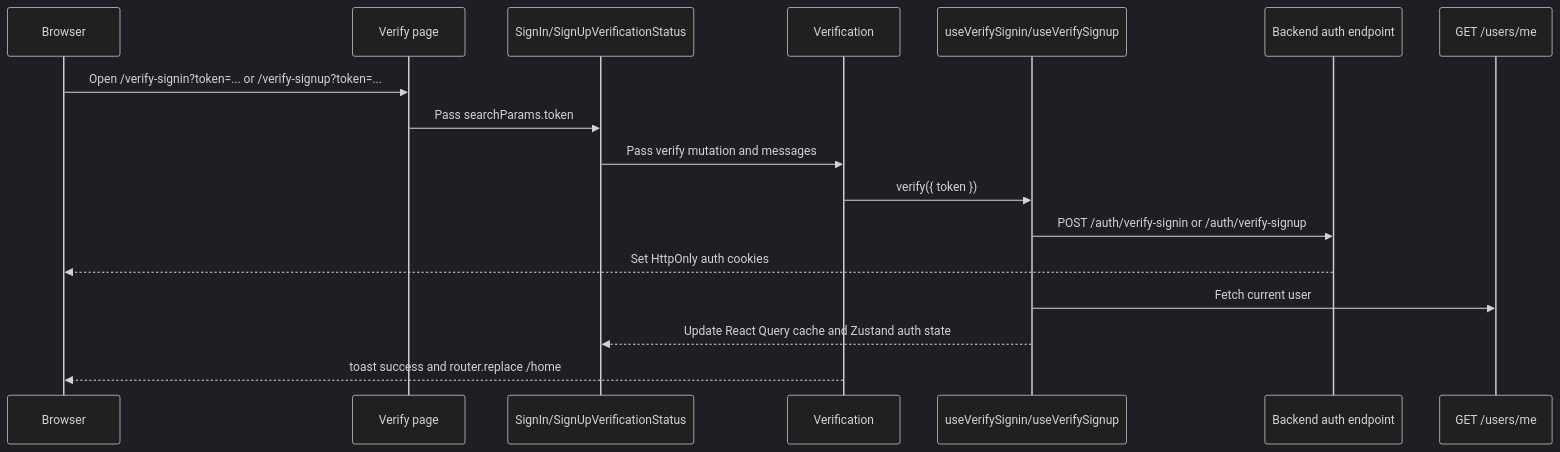
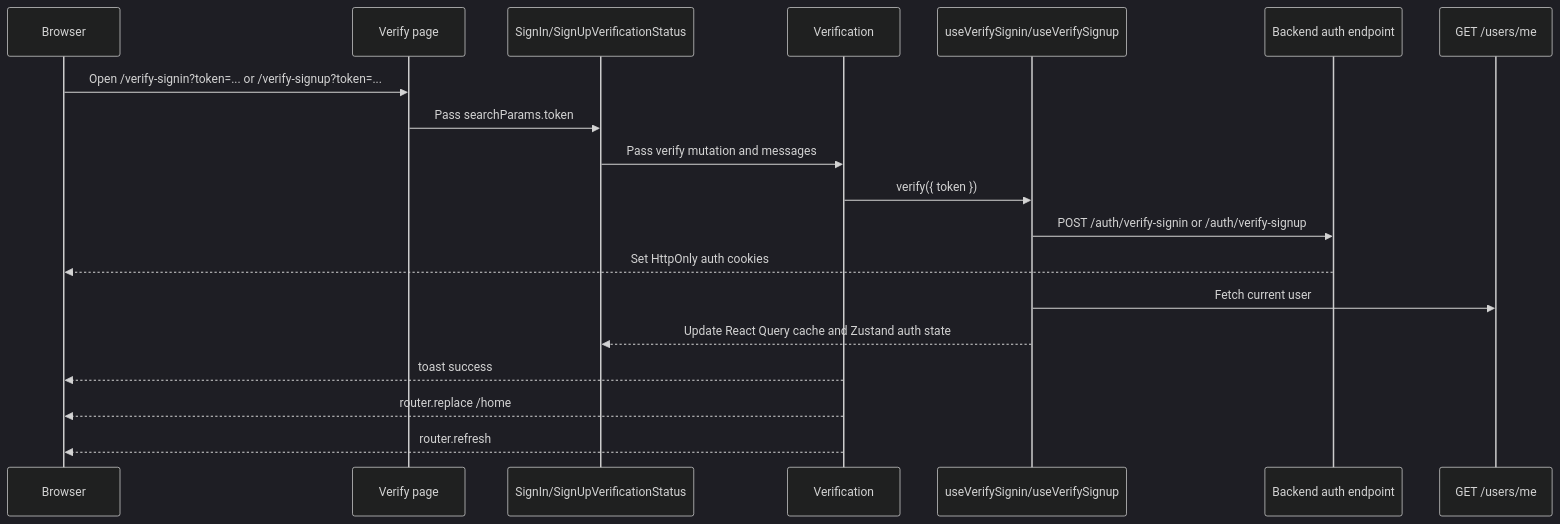
The second of 5 diagrams in front/src/docs/api-requests.md (KaterynaKocheharova/Practice-app), drawn with Mermaid (dark theme) before and after one commit. The commit also changed other lines of this file and 1 other file, not shown here.

````diff
--- a/front/src/docs/api-requests.md
+++ b/front/src/docs/api-requests.md
@@ -70,20 +85,22 @@
 ```mermaid
 sequenceDiagram
   participant Browser
   participant Page as Verify page
   participant Status as SignIn/SignUpVerificationStatus
   participant Verification
   participant Hook as useVerifySignin/useVerifySignup
   participant Backend as Backend auth endpoint
   participant Me as GET /users/me
 
   Browser->>Page: Open /verify-signin?token=... or /verify-signup?token=...
   Page->>Status: Pass searchParams.token
   Status->>Verification: Pass verify mutation and messages
   Verification->>Hook: verify({ token })
   Hook->>Backend: POST /auth/verify-signin or /auth/verify-signup
   Backend-->>Browser: Set HttpOnly auth cookies
   Hook->>Me: Fetch current user
   Hook-->>Status: Update React Query cache and Zustand auth state
-  Verification-->>Browser: toast success and router.replace /home
+  Verification-->>Browser: toast success
+  Verification-->>Browser: router.replace /home
+  Verification-->>Browser: router.refresh
 ```
````
